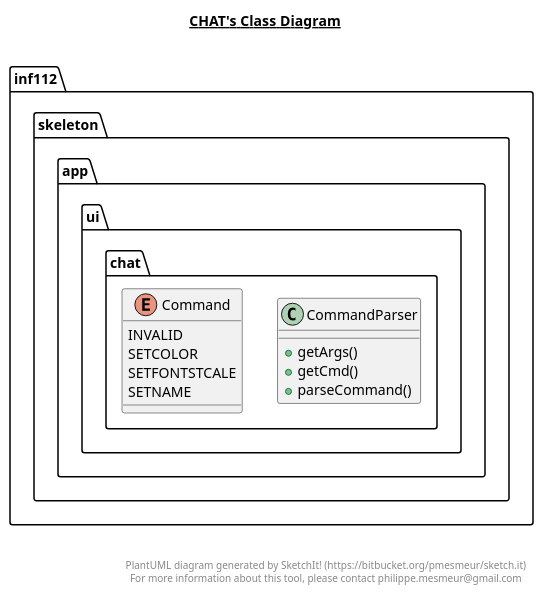
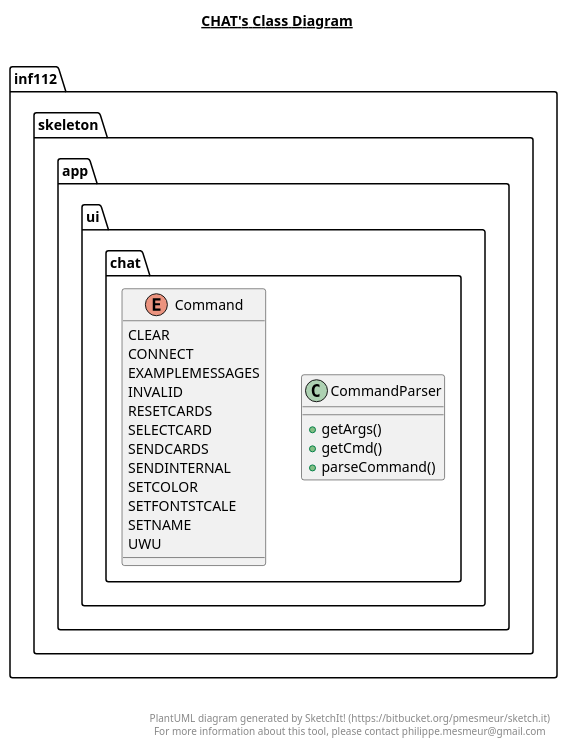
Before and after one commit to inf112-v21/Snokarane: the diagram in Structure/UML/plantUML/chat.plantuml, drawn with PlantUML. The commit also changed 21 other files, not shown here.

Commit message:
regenerated uml files

```diff
--- a/Structure/UML/plantUML/chat.plantuml
+++ b/Structure/UML/plantUML/chat.plantuml
@@ -1,38 +1,46 @@
 @startuml
 
 title __CHAT's Class Diagram__\n
 
   namespace inf112.skeleton.app {
     namespace ui.chat {
       class inf112.skeleton.app.ui.chat.CommandParser {
           + getArgs()
           + getCmd()
           + parseCommand()
       }
     }
   }
   
 
   namespace inf112.skeleton.app {
     namespace ui.chat {
       enum Command {
+        CLEAR
+        CONNECT
+        EXAMPLEMESSAGES
         INVALID
+        RESETCARDS
+        SELECTCARD
+        SENDCARDS
+        SENDINTERNAL
         SETCOLOR
         SETFONTSTCALE
         SETNAME
+        UWU
       }
     }
   }
   
 
   inf112.skeleton.app.ui.chat.CommandParser +-down- inf112.skeleton.app.ui.chat.CommandParser.Command
 
 
 right footer
 
 
 PlantUML diagram generated by SketchIt! (https://bitbucket.org/pmesmeur/sketch.it)
 For more information about this tool, please contact philippe.mesmeur@gmail.com
 endfooter
 
 @enduml
```
